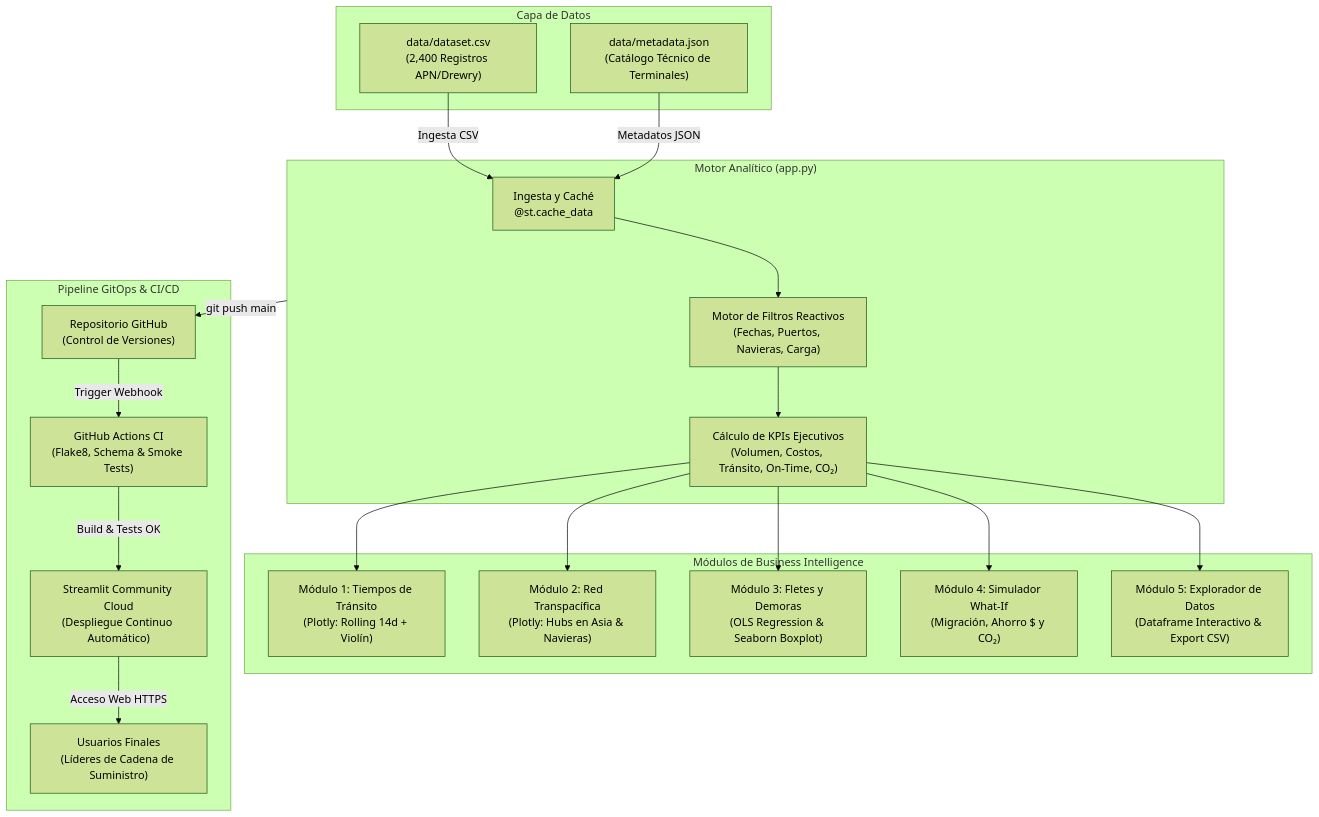
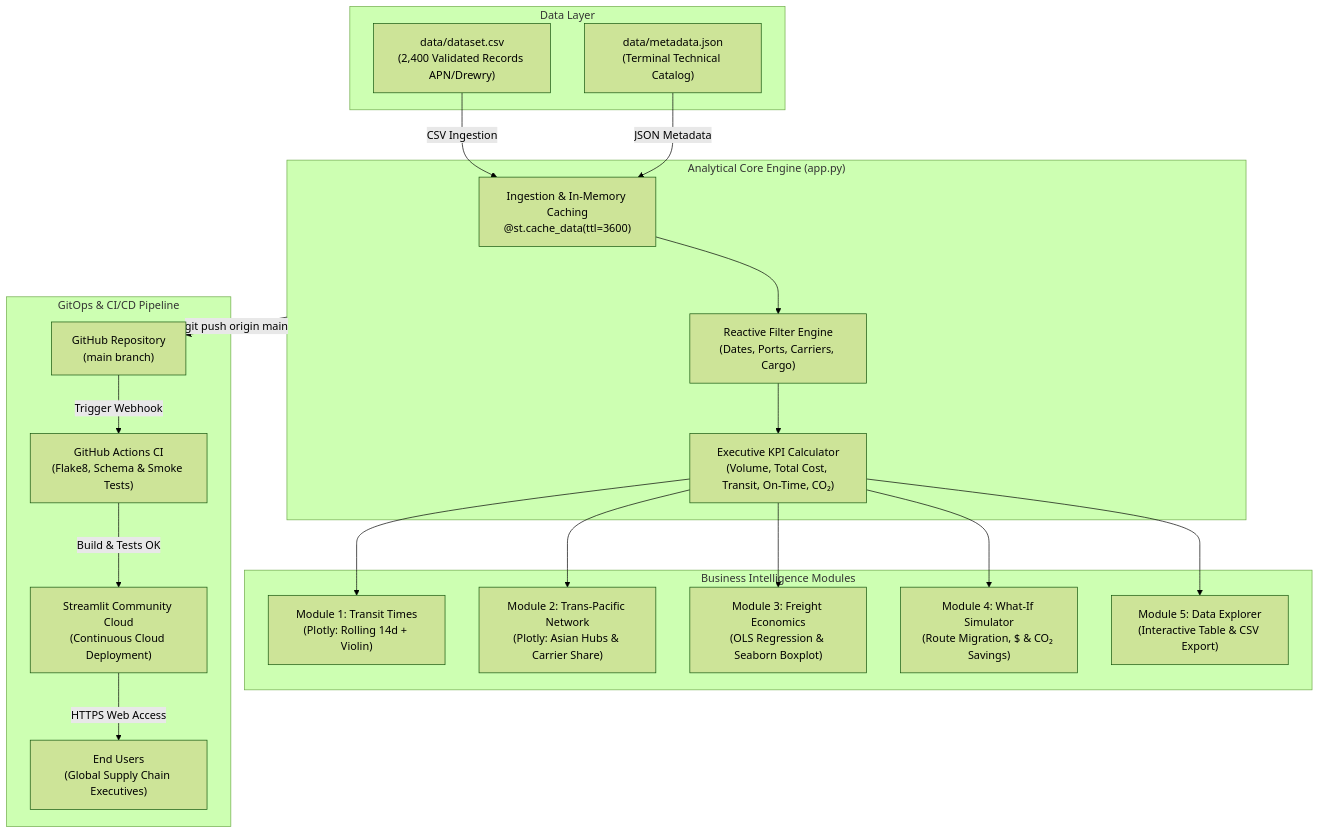
The first of 5 diagrams in README.md (FabrizioPerezPeralta/Chancay-vs.-Callao-Interactive-Maritime-Logistics-Explorer-with-Python-Streamlit-Plotly), drawn with Mermaid (forest theme) before and after one commit. The commit also changed other lines of this file and 2 other files, not shown here.

Commit message:
docs: update production deployment links and finish English migration

````diff
--- a/README.md
+++ b/README.md
@@ -81,43 +81,43 @@
 ```mermaid
 flowchart TD
-    subgraph DataLayer["Capa de Datos"]
-        D1["data/dataset.csv<br/>(2,400 Registros APN/Drewry)"]
-        D2["data/metadata.json<br/>(Catálogo Técnico de Terminales)"]
+    subgraph DataLayer["Data Layer"]
+        D1["data/dataset.csv<br/>(2,400 Validated Records APN/Drewry)"]
+        D2["data/metadata.json<br/>(Terminal Technical Catalog)"]
     end
 
-    subgraph AppCore["Motor Analítico (app.py)"]
-        B1["Ingesta y Caché<br/>@st.cache_data"]
-        B2["Motor de Filtros Reactivos<br/>(Fechas, Puertos, Navieras, Carga)"]
-        B3["Cálculo de KPIs Ejecutivos<br/>(Volumen, Costos, Tránsito, On-Time, CO₂)"]
+    subgraph AppCore["Analytical Core Engine (app.py)"]
+        B1["Ingestion & In-Memory Caching<br/>@st.cache_data(ttl=3600)"]
+        B2["Reactive Filter Engine<br/>(Dates, Ports, Carriers, Cargo)"]
+        B3["Executive KPI Calculator<br/>(Volume, Total Cost, Transit, On-Time, CO₂)"]
     end
 
-    subgraph VisualModules["Módulos de Business Intelligence"]
-        M1["Módulo 1: Tiempos de Tránsito<br/>(Plotly: Rolling 14d + Violín)"]
-        M2["Módulo 2: Red Transpacífica<br/>(Plotly: Hubs en Asia & Navieras)"]
-        M3["Módulo 3: Fletes y Demoras<br/>(OLS Regression & Seaborn Boxplot)"]
-        M4["Módulo 4: Simulador What-If<br/>(Migración, Ahorro $ y CO₂)"]
-        M5["Módulo 5: Explorador de Datos<br/>(Dataframe Interactivo & Export CSV)"]
+    subgraph VisualModules["Business Intelligence Modules"]
+        M1["Module 1: Transit Times<br/>(Plotly: Rolling 14d + Violin)"]
+        M2["Module 2: Trans-Pacific Network<br/>(Plotly: Asian Hubs & Carrier Share)"]
+        M3["Module 3: Freight Economics<br/>(OLS Regression & Seaborn Boxplot)"]
+        M4["Module 4: What-If Simulator<br/>(Route Migration, $ & CO₂ Savings)"]
+        M5["Module 5: Data Explorer<br/>(Interactive Table & CSV Export)"]
     end
 
-    subgraph GitOpsPipeline["Pipeline GitOps & CI/CD"]
-        G1["Repositorio GitHub<br/>(Control de Versiones)"]
+    subgraph GitOpsPipeline["GitOps & CI/CD Pipeline"]
+        G1["GitHub Repository<br/>(main branch)"]
         G2["GitHub Actions CI<br/>(Flake8, Schema & Smoke Tests)"]
-        G3["Streamlit Community Cloud<br/>(Despliegue Continuo Automático)"]
-        G4["Usuarios Finales<br/>(Líderes de Cadena de Suministro)"]
+        G3["Streamlit Community Cloud<br/>(Continuous Cloud Deployment)"]
+        G4["End Users<br/>(Global Supply Chain Executives)"]
     end
 
-    D1 -->|"Ingesta CSV"| B1
-    D2 -->|"Metadatos JSON"| B1
+    D1 -->|"CSV Ingestion"| B1
+    D2 -->|"JSON Metadata"| B1
     B1 --> B2
     B2 --> B3
     B3 --> M1
     B3 --> M2
     B3 --> M3
     B3 --> M4
     B3 --> M5
 
-    AppCore -->|"git push main"| G1
+    AppCore -->|"git push origin main"| G1
     G1 -->|"Trigger Webhook"| G2
     G2 -->|"Build & Tests OK"| G3
-    G3 -->|"Acceso Web HTTPS"| G4
+    G3 -->|"HTTPS Web Access"| G4
 ```
````
